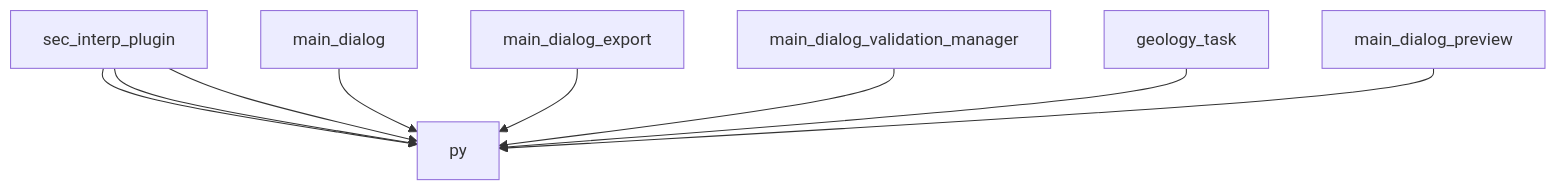
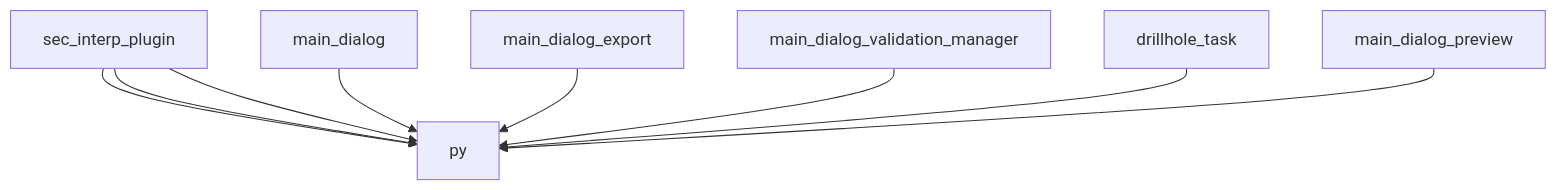
Before and after one commit to geociencio/sec_interp: the diagram in AI_CONTEXT.md, drawn with Mermaid. The commit also changed other lines of this file and 16 other files, not shown here.

````diff
--- a/AI_CONTEXT.md
+++ b/AI_CONTEXT.md
@@ -115,11 +115,11 @@
 ```mermaid
 graph TD
     sec_interp_plugin --> py
     sec_interp_plugin --> py
     sec_interp_plugin --> py
     main_dialog --> py
     main_dialog_export --> py
     main_dialog_validation_manager --> py
-    geology_task --> py
+    drillhole_task --> py
     main_dialog_preview --> py
 ```
````
